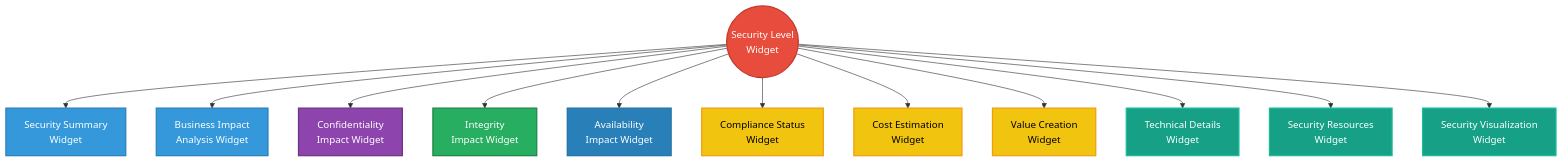
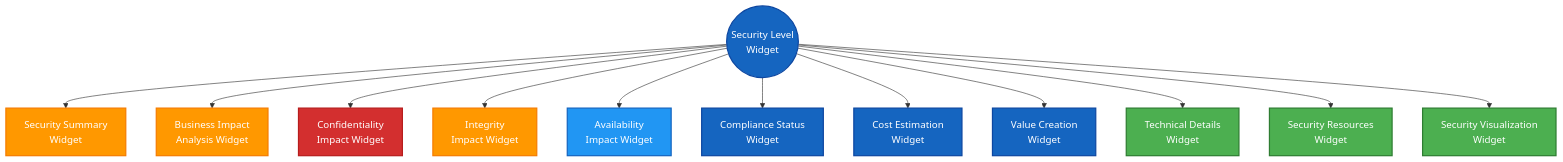
One commit to Hack23/cia-compliance-manager changed the second of 6 diagrams in docs/architecture/WIDGET_ANALYSIS.md. Above: the diagram before and after it, drawn with Mermaid. The commit also changed other lines of this file and 18 other files, not shown here.

First line of the commit message:
style: update all classDef colors to ISMS style guide palette and fix quadrant charts

````diff
--- a/docs/architecture/WIDGET_ANALYSIS.md
+++ b/docs/architecture/WIDGET_ANALYSIS.md
@@ -45,30 +45,30 @@
 ```mermaid
 flowchart TD
     SLW((Security Level<br>Widget)) --> SSW[Security Summary<br>Widget]
     SLW --> BIAW[Business Impact<br>Analysis Widget]
     SLW --> CIW[Confidentiality<br>Impact Widget]
     SLW --> IIW[Integrity<br>Impact Widget]
     SLW --> AIW[Availability<br>Impact Widget]
     SLW --> CSW[Compliance Status<br>Widget]
     SLW --> CEW[Cost Estimation<br>Widget]
     SLW --> VCW[Value Creation<br>Widget]
     SLW --> TDW[Technical Details<br>Widget]
     SLW --> SRW[Security Resources<br>Widget]
     SLW --> SVW[Security Visualization<br>Widget]
     
-    classDef core fill:#e74c3c,stroke:#c0392b,stroke-width:2px,color:white
-    classDef assessment fill:#3498db,stroke:#2980b9,stroke-width:2px,color:white
-    classDef business fill:#f1c40f,stroke:#f39c12,stroke-width:2px,color:black
-    classDef confidentiality fill:#8e44ad,stroke:#6c3483,stroke-width:2px,color:white
-    classDef integrity fill:#27ae60,stroke:#1e8449,stroke-width:2px,color:white
-    classDef availability fill:#2980b9,stroke:#2471a3,stroke-width:2px,color:white
-    classDef implementation fill:#16a085,stroke:#1abc9c,stroke-width:2px,color:white
+    classDef core fill:#1565C0,stroke:#0D47A1,stroke-width:2px,color:#ffffff
+    classDef assessment fill:#FF9800,stroke:#F57C00,stroke-width:2px,color:#ffffff
+    classDef business fill:#1565C0,stroke:#0D47A1,stroke-width:2px,color:#ffffff
+    classDef confidentiality fill:#D32F2F,stroke:#B71C1C,stroke-width:2px,color:#ffffff
+    classDef integrity fill:#FF9800,stroke:#F57C00,stroke-width:2px,color:#ffffff
+    classDef availability fill:#2196F3,stroke:#1565C0,stroke-width:2px,color:#ffffff
+    classDef implementation fill:#4CAF50,stroke:#2E7D32,stroke-width:2px,color:#ffffff
     
     class SLW core
     class SSW,BIAW assessment
     class CSW,CEW,VCW business
     class CIW confidentiality
     class IIW integrity
     class AIW availability
     class TDW,SRW,SVW implementation
 ```
````
